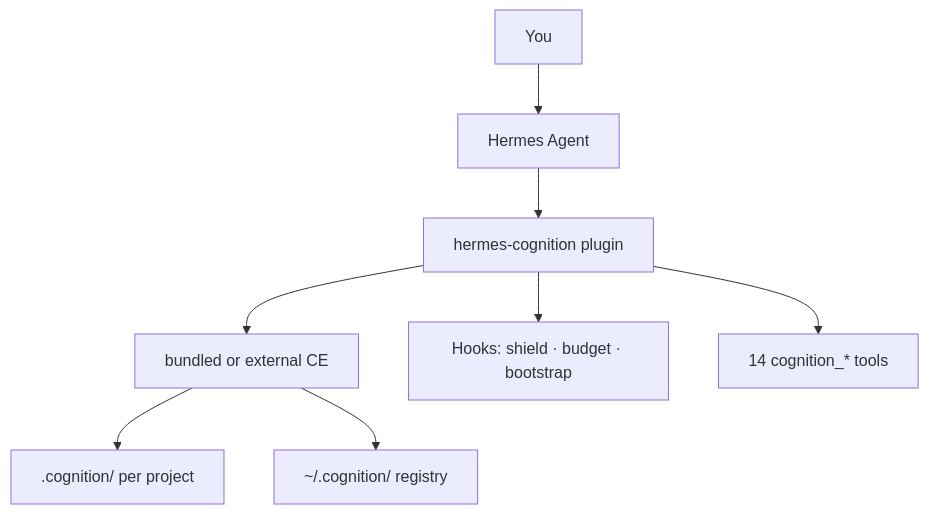
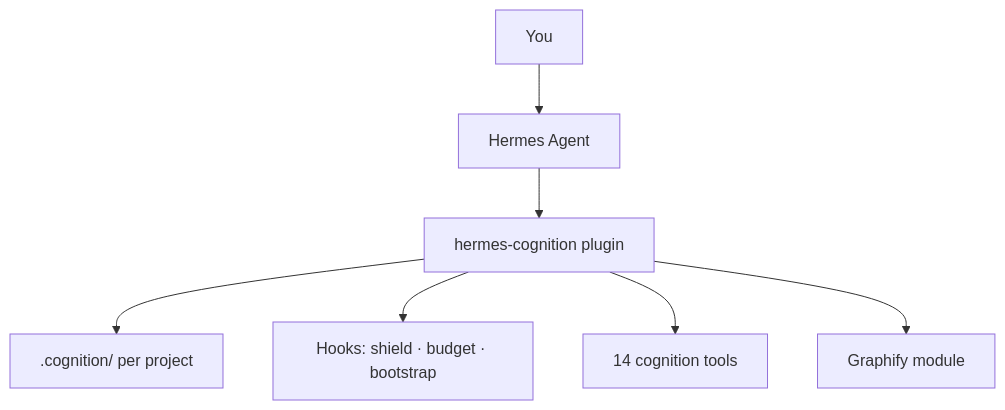
The diagram in README.md (Apar-Baral/CogniCore), drawn with Mermaid before and after one commit. The commit also changed other lines of this file and 22 other files, not shown here.

````diff
--- a/README.md
+++ b/README.md
@@ -55,10 +66,9 @@
 ```mermaid
 flowchart TB
   U[You] --> H[Hermes Agent]
   H --> P[hermes-cognition plugin]
-  P --> CE[bundled or external CE]
-  CE --> D[".cognition/ per project"]
-  CE --> G["~/.cognition/ registry"]
+  P --> D[".cognition/ per project"]
   P --> HK[Hooks: shield · budget · bootstrap]
-  P --> TL[14 cognition_* tools]
+  P --> TL[14 cognition tools]
+  P --> G[Graphify module]
 ```
````
